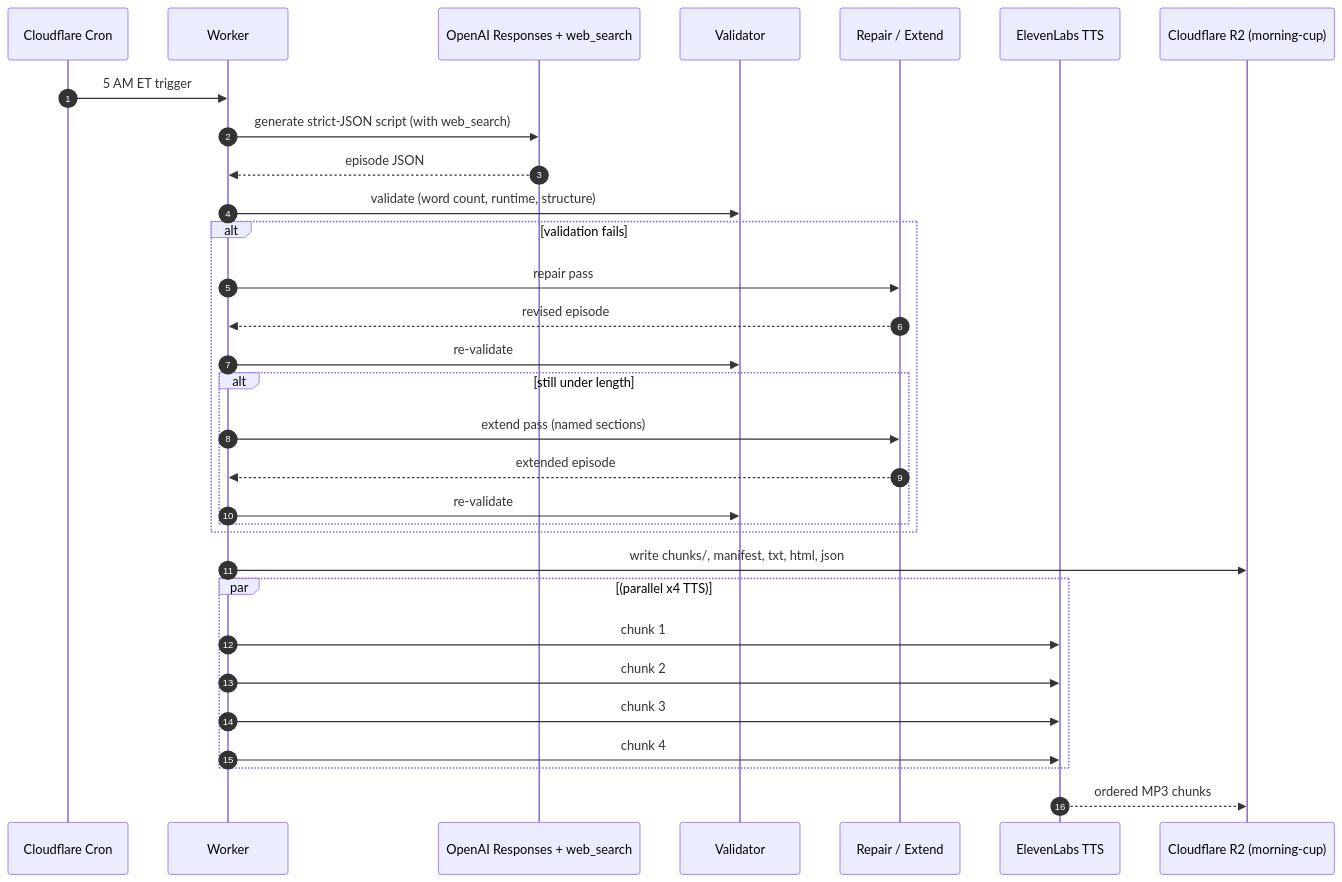
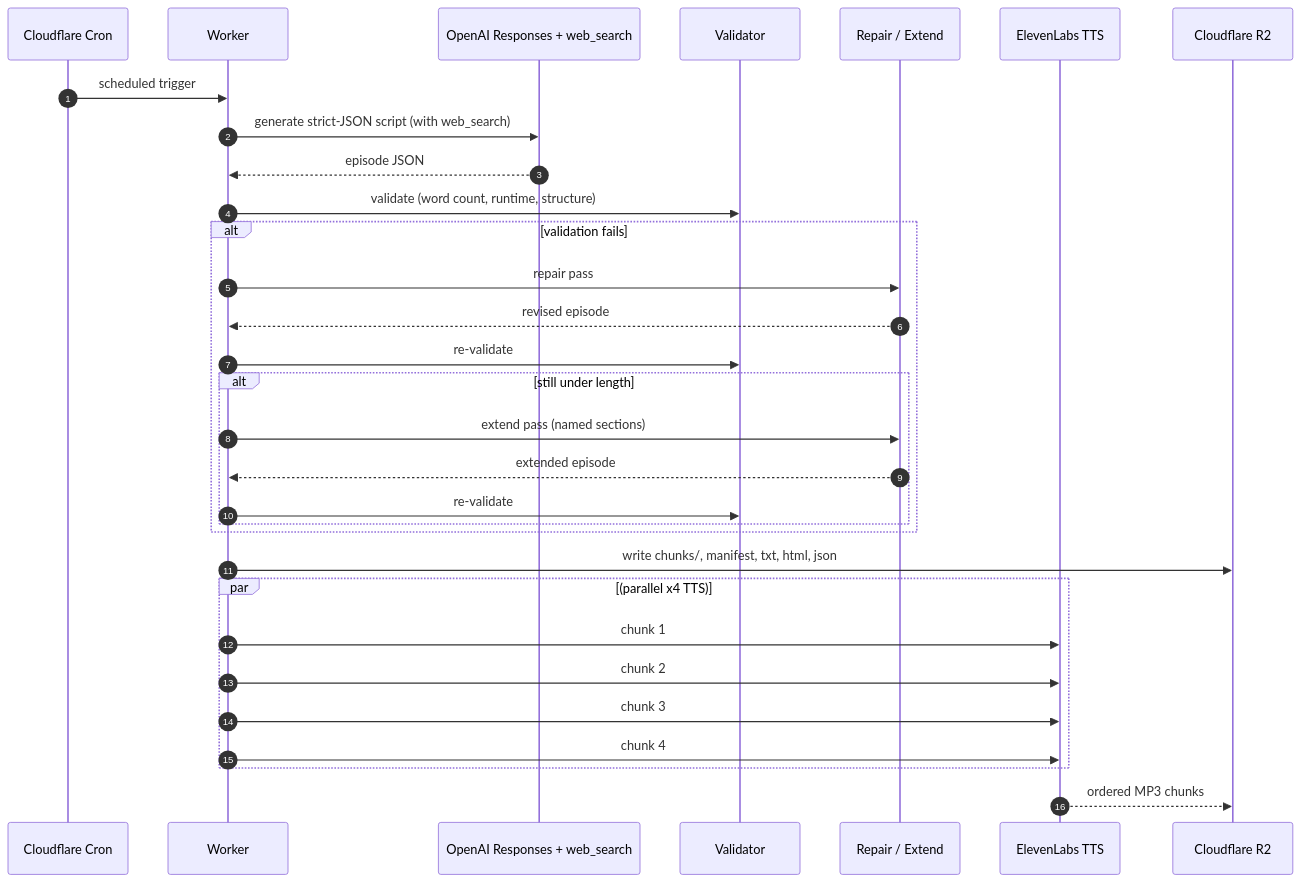
Before and after one commit to pennydoesdev/TheMorningCup-Episode-Generator: the second of 8 diagrams in docs/PIPELINE.md, drawn with Mermaid. The commit also changed other lines of this file, not shown here.

Commit message:
PIPELINE.md: rewrite generic for any show (no Morning Cup specifics)

````diff
--- a/docs/PIPELINE.md
+++ b/docs/PIPELINE.md
@@ -76,34 +75,34 @@
 ```mermaid
 sequenceDiagram
   autonumber
   participant Cron as Cloudflare Cron
   participant W as Worker
   participant OAI as OpenAI Responses + web_search
   participant V as Validator
   participant Rep as Repair / Extend
   participant EL as ElevenLabs TTS
-  participant R2 as Cloudflare R2 (morning-cup)
+  participant R2 as Cloudflare R2
 
-  Cron->>W: 5 AM ET trigger
+  Cron->>W: scheduled trigger
   W->>OAI: generate strict-JSON script (with web_search)
   OAI-->>W: episode JSON
   W->>V: validate (word count, runtime, structure)
   alt validation fails
     W->>Rep: repair pass
     Rep-->>W: revised episode
     W->>V: re-validate
     alt still under length
       W->>Rep: extend pass (named sections)
       Rep-->>W: extended episode
       W->>V: re-validate
     end
   end
   W->>R2: write chunks/, manifest, txt, html, json
   par (parallel x4 TTS)
     W->>EL: chunk 1
     W->>EL: chunk 2
     W->>EL: chunk 3
     W->>EL: chunk 4
   end
   EL-->>R2: ordered MP3 chunks
 ```
````
